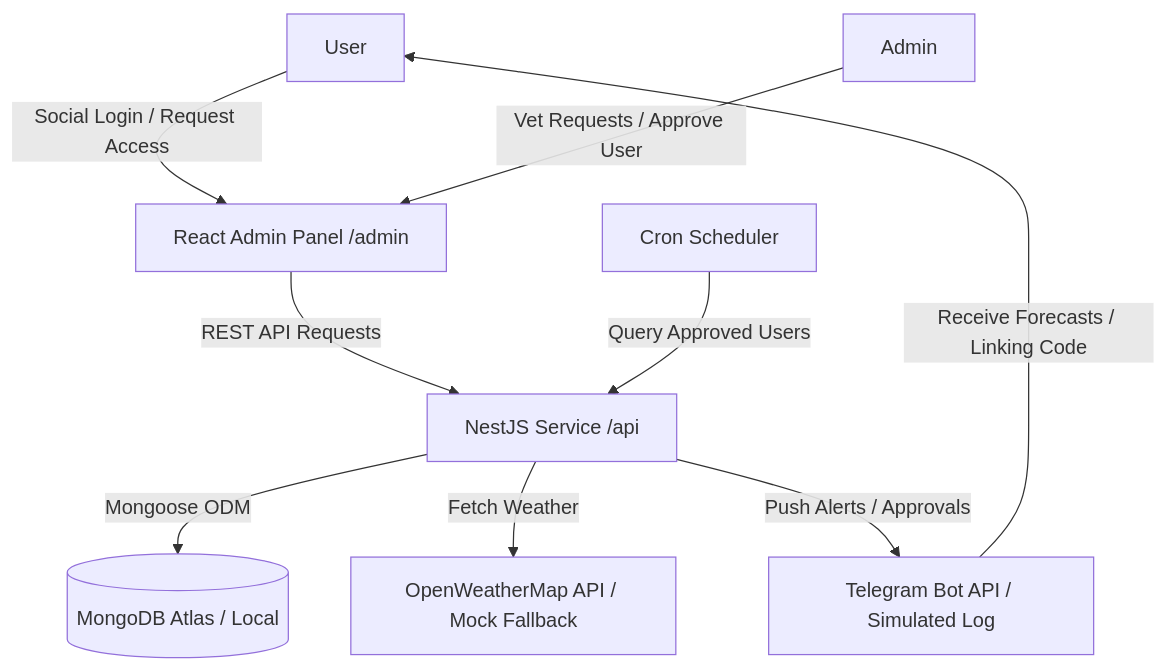
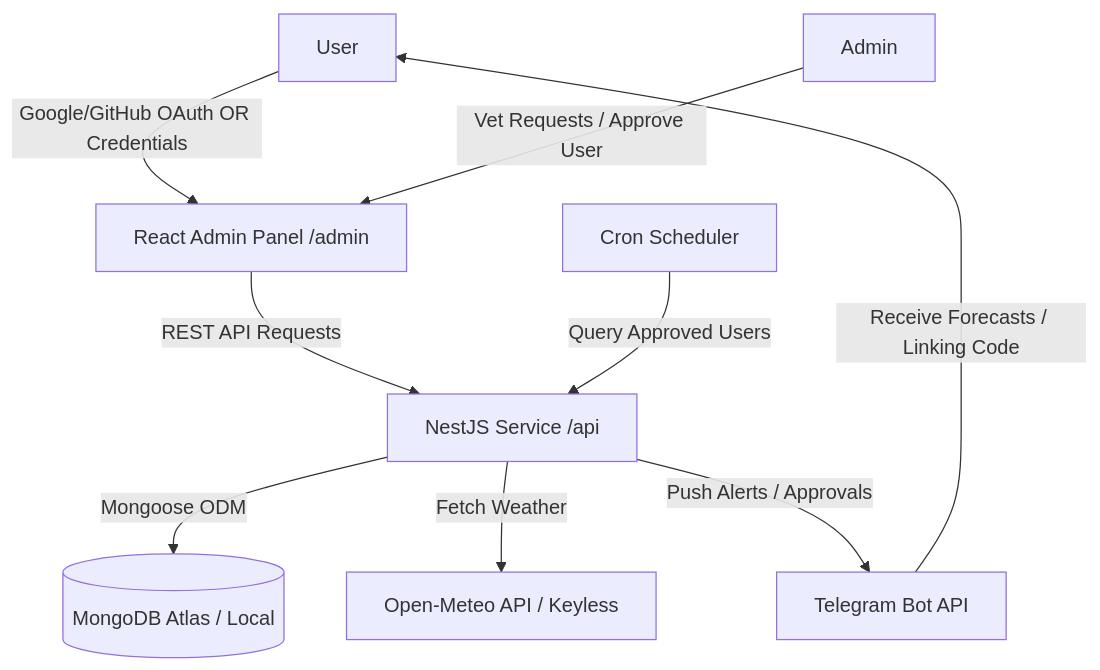
The diagram in README.md (akashdwdesignoweb-creator/ai47weatherguardbot), drawn with Mermaid before and after one commit. The commit also changed other lines of this file, not shown here.

````diff
--- a/README.md
+++ b/README.md
@@ -9,16 +14,16 @@
 ```mermaid
 graph TD
     %% Client Interaction
-    User[User] -->|Social Login / Request Access| ReactApp[React Admin Panel /admin]
+    User[User] -->|Google/GitHub OAuth OR Credentials| ReactApp[React Admin Panel /admin]
     Admin[Admin] -->|Vet Requests / Approve User| ReactApp
     
     %% API & Database
     ReactApp -->|REST API Requests| NestAPI[NestJS Service /api]
     NestAPI -->|Mongoose ODM| MongoDB[(MongoDB Atlas / Local)]
     
     %% Async Integrations & Pushes
     CronJob[Cron Scheduler] -->|Query Approved Users| NestAPI
-    NestAPI -->|Fetch Weather| WeatherAPI[OpenWeatherMap API / Mock Fallback]
-    NestAPI -->|Push Alerts / Approvals| TelegramAPI[Telegram Bot API / Simulated Log]
+    NestAPI -->|Fetch Weather| WeatherAPI[Open-Meteo API / Keyless]
+    NestAPI -->|Push Alerts / Approvals| TelegramAPI[Telegram Bot API]
     TelegramAPI -->|Receive Forecasts / Linking Code| User
 ```
````
